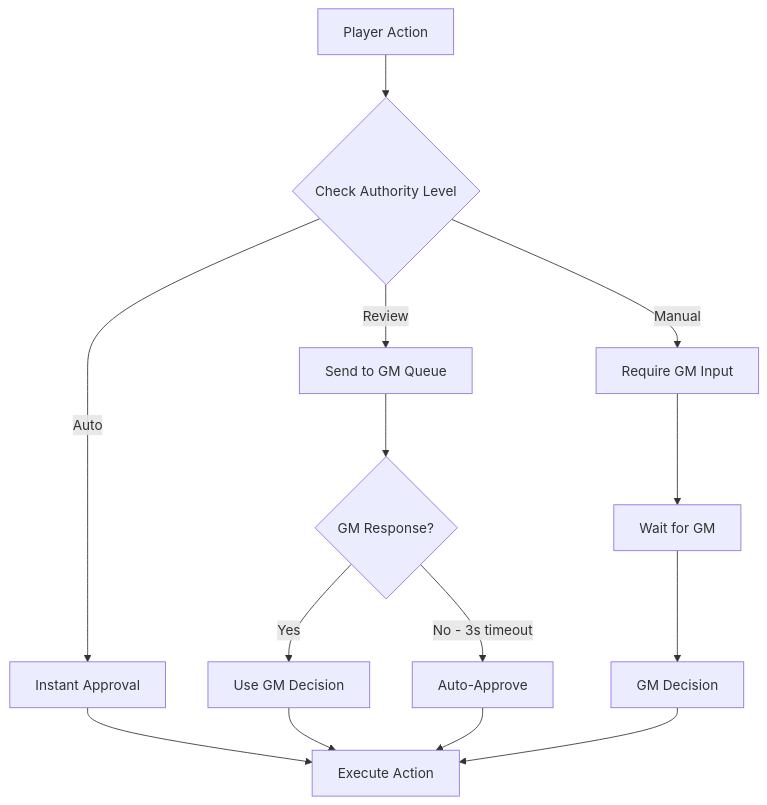
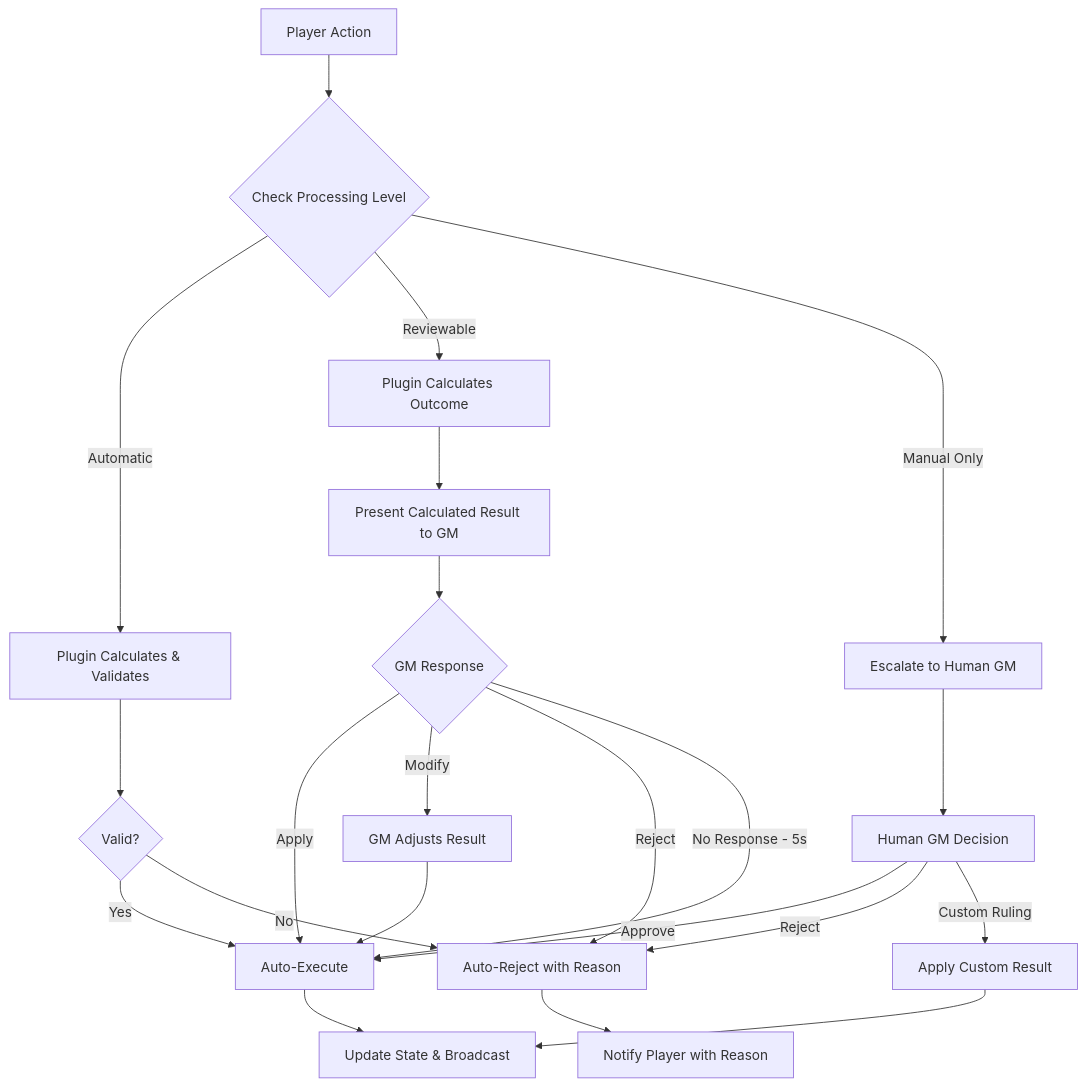
Before and after one commit to mixtli/dungeon-lab: the fifth of 5 diagrams in docs/proposals/gm-authoritative-state-management.md, drawn with Mermaid. The commit also changed other lines of this file and 11 other files, not shown here.

````diff
--- a/docs/proposals/gm-authoritative-state-management.md
+++ b/docs/proposals/gm-authoritative-state-management.md
@@ -278,19 +895,29 @@
 ```mermaid
 graph TD
-    A[Player Action] --> B{Check Authority Level}
-    B -->|Auto| C[Instant Approval]
-    B -->|Review| D[Send to GM Queue]
-    B -->|Manual| E[Require GM Input]
+    A[Player Action] --> B{Check Processing Level}
+    B -->|Automatic| C[Plugin Calculates & Validates]
+    B -->|Reviewable| D[Plugin Calculates Outcome]
+    B -->|Manual Only| E[Escalate to Human GM]
     
-    D --> F{GM Response?}
-    F -->|Yes| G[Use GM Decision]
-    F -->|No - 3s timeout| H[Auto-Approve]
+    C --> F{Valid?}
+    F -->|Yes| G[Auto-Execute]
+    F -->|No| H[Auto-Reject with Reason]
     
-    E --> I[Wait for GM]
-    I --> J[GM Decision]
+    D --> I[Present Calculated Result to GM]
+    I --> J{GM Response}
+    J -->|Apply| G
+    J -->|Modify| K[GM Adjusts Result]
+    J -->|Reject| H
+    J -->|No Response - 5s| G
     
-    C --> K[Execute Action]
-    G --> K
-    H --> K
-    J --> K
+    K --> G
+    
+    E --> L[Human GM Decision]
+    L -->|Approve| G
+    L -->|Reject| H
+    L -->|Custom Ruling| M[Apply Custom Result]
+    
+    G --> N[Update State & Broadcast]
+    H --> O[Notify Player with Reason]
+    M --> N
 ```
````
